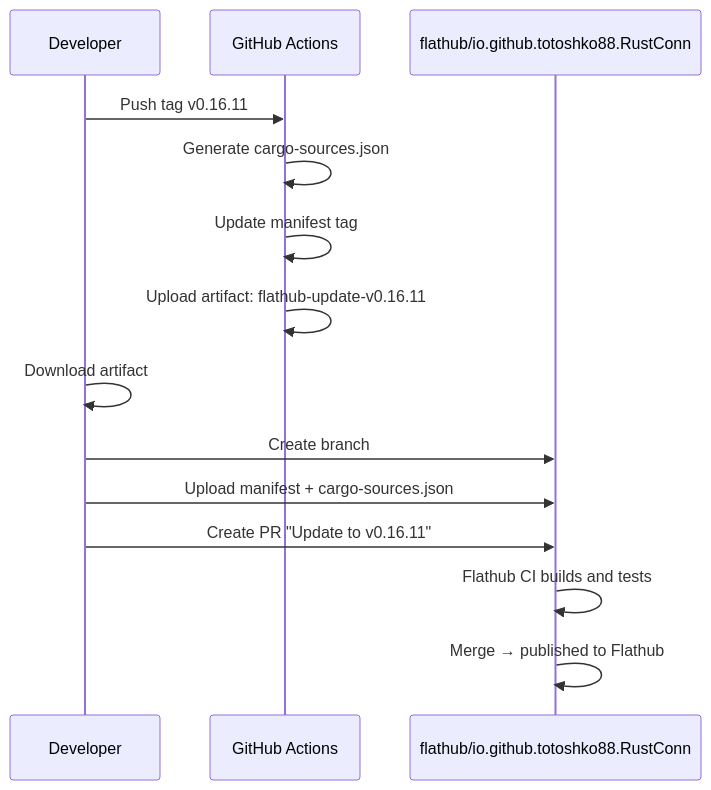
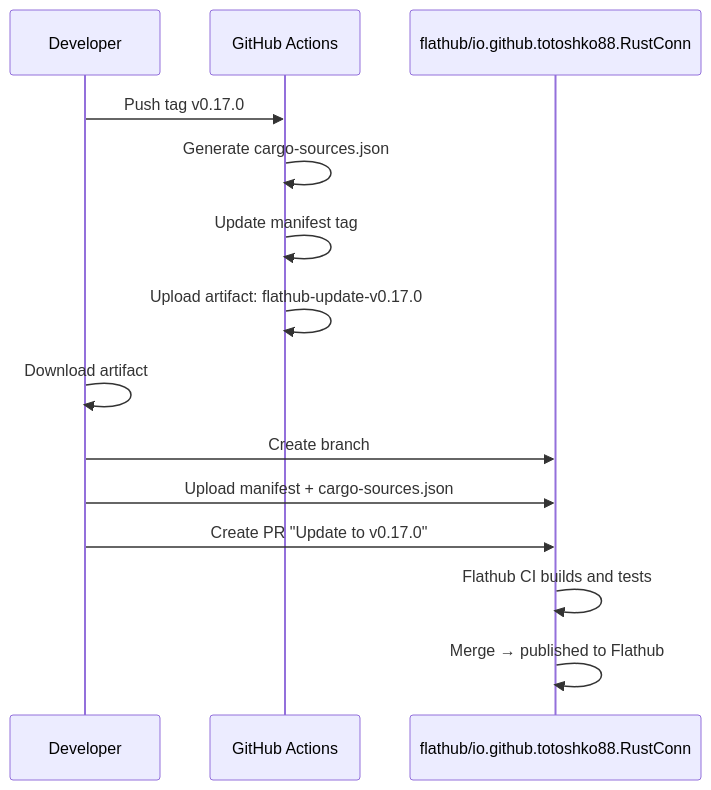
One commit to yonasBSD/RustConn changed the sixth of 6 diagrams in docs/CI_BUILD_FLOW.md. Above: the diagram before and after it, drawn with Mermaid. The commit also changed other lines of this file and 126 other files, not shown here.

````diff
--- a/docs/CI_BUILD_FLOW.md
+++ b/docs/CI_BUILD_FLOW.md
@@ -245,18 +245,18 @@
 ```mermaid
 sequenceDiagram
     participant Dev as Developer
     participant GH as GitHub Actions
     participant FH as flathub/io.github.totoshko88.RustConn
 
-    Dev->>GH: Push tag v0.16.11
+    Dev->>GH: Push tag v0.17.0
     GH->>GH: Generate cargo-sources.json
     GH->>GH: Update manifest tag
-    GH->>GH: Upload artifact: flathub-update-v0.16.11
+    GH->>GH: Upload artifact: flathub-update-v0.17.0
 
     Dev->>Dev: Download artifact
     Dev->>FH: Create branch
     Dev->>FH: Upload manifest + cargo-sources.json
-    Dev->>FH: Create PR "Update to v0.16.11"
+    Dev->>FH: Create PR "Update to v0.17.0"
     FH->>FH: Flathub CI builds and tests
     FH->>FH: Merge → published to Flathub
 ```
````
